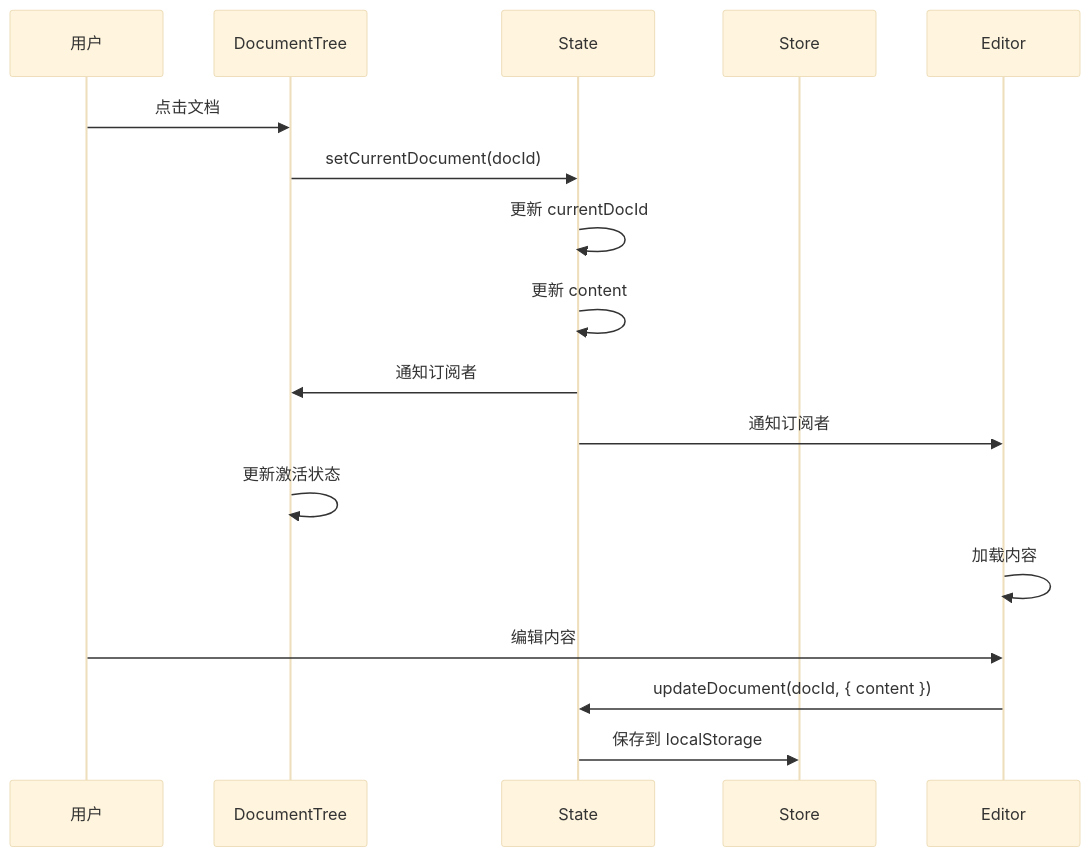
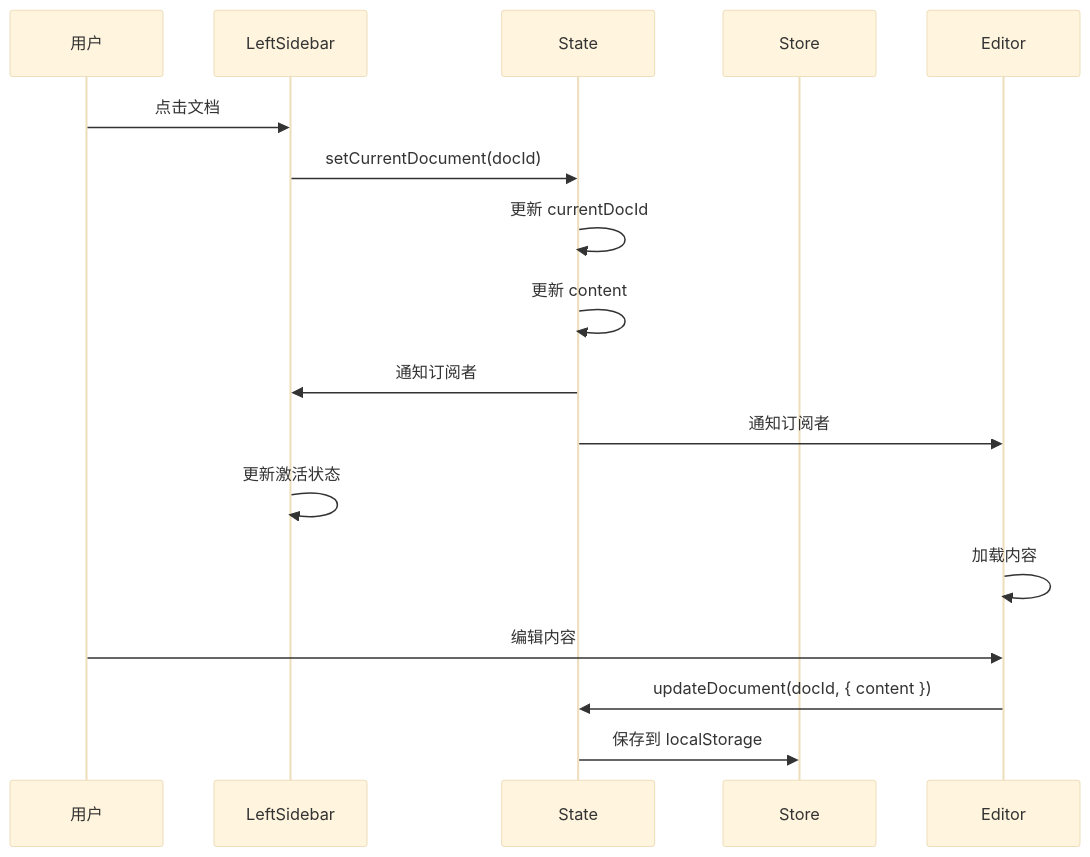
Diagram 14 of 15 in docs/arch.md (ZCShou/markdown), drawn with Mermaid (base theme) before and after one commit. The commit also changed other lines of this file and 8 other files, not shown here.

Commit message:
refactor: merge sidebar and document tree components into left/right sidebars

````diff
--- a/docs/arch.md
+++ b/docs/arch.md
@@ -1655,21 +1651,21 @@
 ```mermaid
 sequenceDiagram
     participant U as 用户
-    participant D as DocumentTree
+    participant D as LeftSidebar
     participant S as State
     participant ST as Store
     participant E as Editor
 
     U->>D: 点击文档
     D->>S: setCurrentDocument(docId)
     S->>S: 更新 currentDocId
     S->>S: 更新 content
     S->>D: 通知订阅者
     S->>E: 通知订阅者
     D->>D: 更新激活状态
     E->>E: 加载内容
     
     U->>E: 编辑内容
     E->>S: updateDocument(docId, { content })
     S->>ST: 保存到 localStorage
 ```
````
